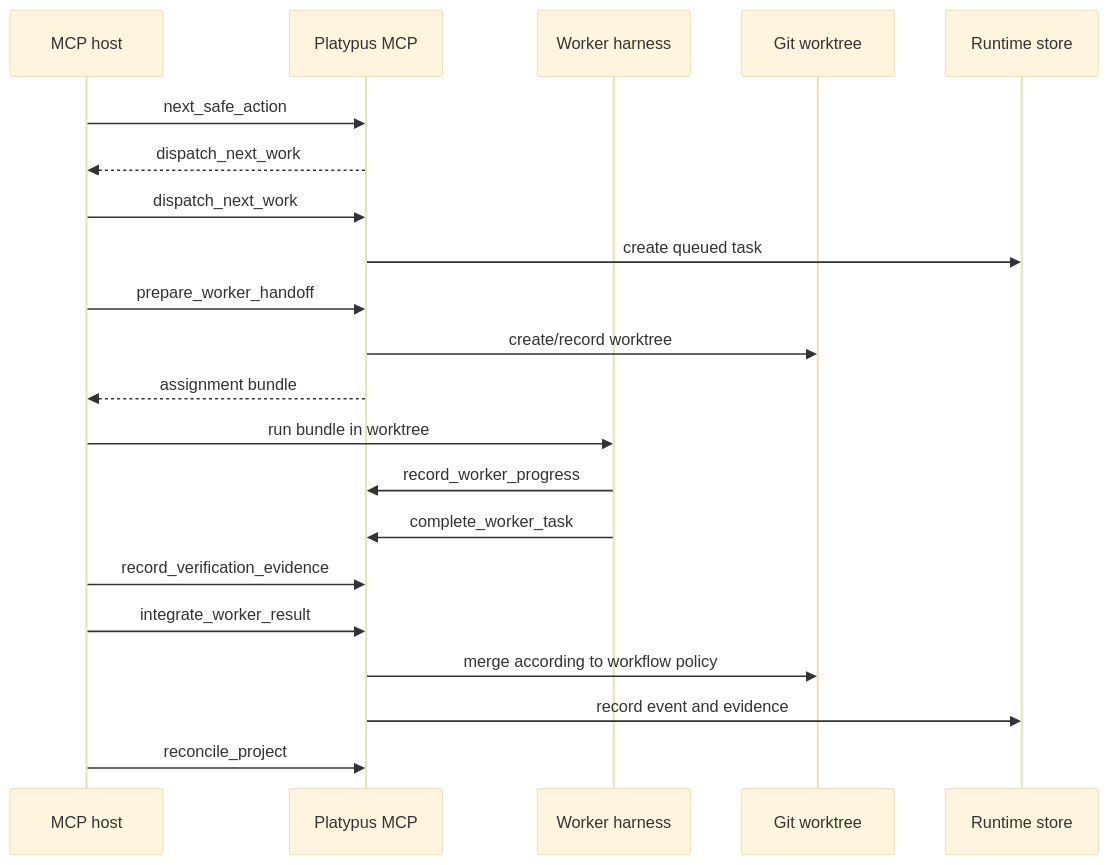
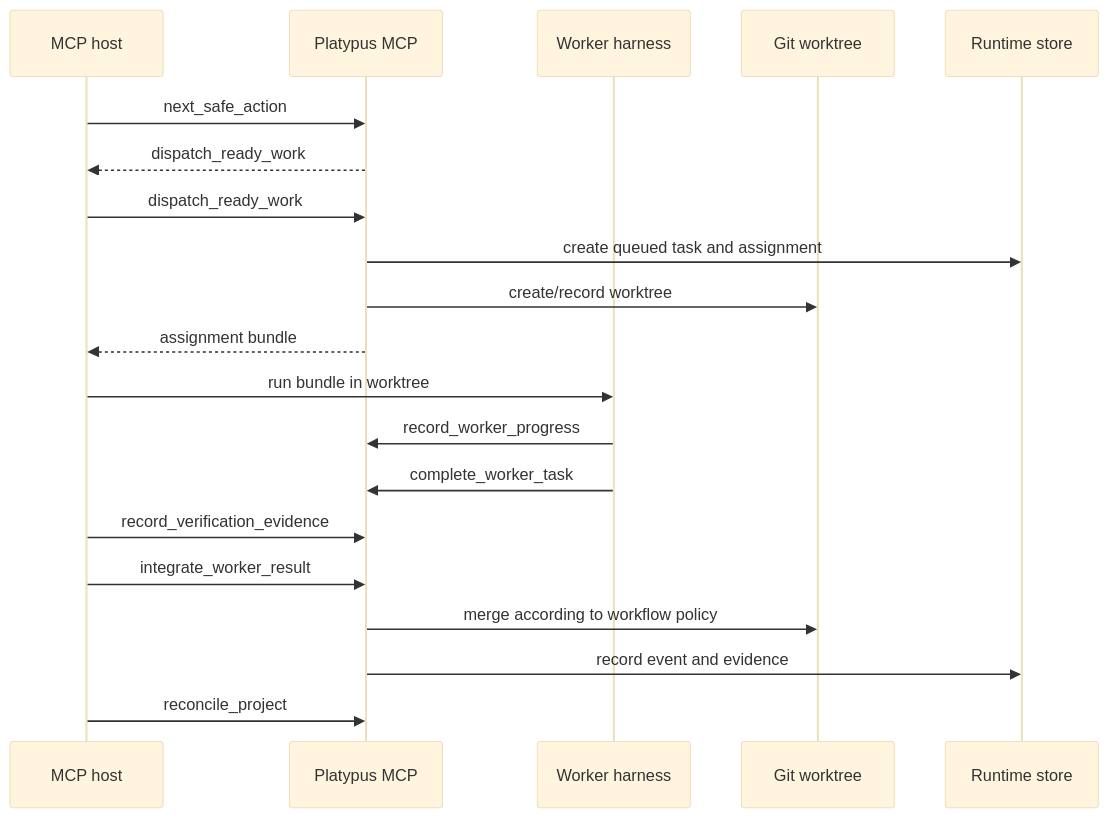
One commit to junousia/platypus-mcp changed the third of 12 diagrams in docs/diagrams.md. Above: the diagram before and after it, drawn with Mermaid (base theme). The commit also changed other lines of this file and 11 other files, not shown here.

First line of the commit message:
Add batch dispatch handoff workflow

````diff
--- a/docs/diagrams.md
+++ b/docs/diagrams.md
@@ -63,24 +63,23 @@
 ```mermaid
 sequenceDiagram
     participant Host as MCP host
     participant Platy as Platypus MCP
     participant Worker as Worker harness
     participant Git as Git worktree
     participant State as Runtime store
 
     Host->>Platy: next_safe_action
-    Platy-->>Host: dispatch_next_work
-    Host->>Platy: dispatch_next_work
-    Platy->>State: create queued task
-    Host->>Platy: prepare_worker_handoff
+    Platy-->>Host: dispatch_ready_work
+    Host->>Platy: dispatch_ready_work
+    Platy->>State: create queued task and assignment
     Platy->>Git: create/record worktree
     Platy-->>Host: assignment bundle
     Host->>Worker: run bundle in worktree
     Worker->>Platy: record_worker_progress
     Worker->>Platy: complete_worker_task
     Host->>Platy: record_verification_evidence
     Host->>Platy: integrate_worker_result
     Platy->>Git: merge according to workflow policy
     Platy->>State: record event and evidence
     Host->>Platy: reconcile_project
 ```
````
